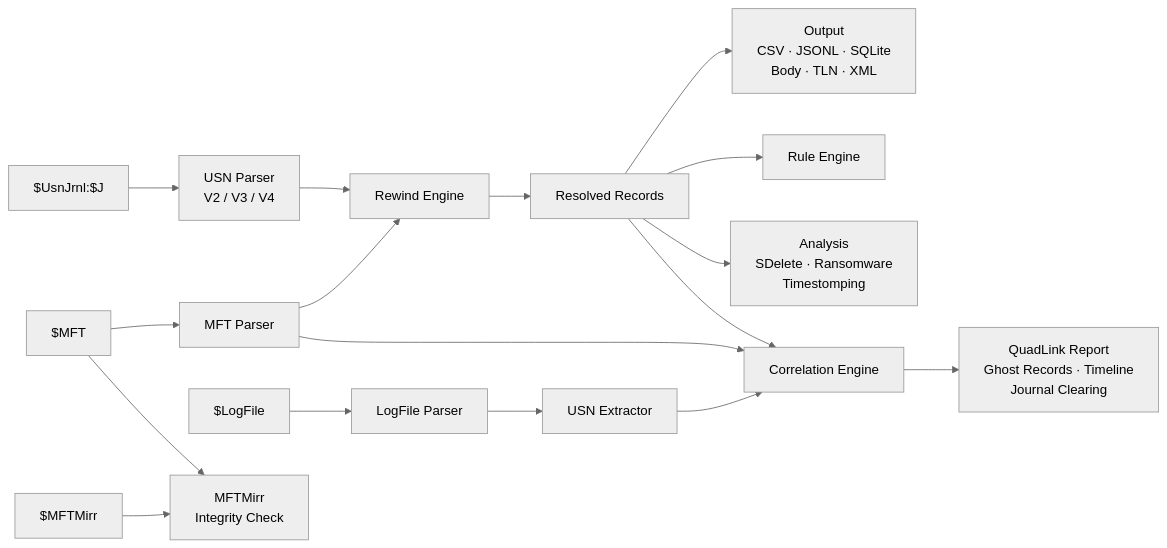
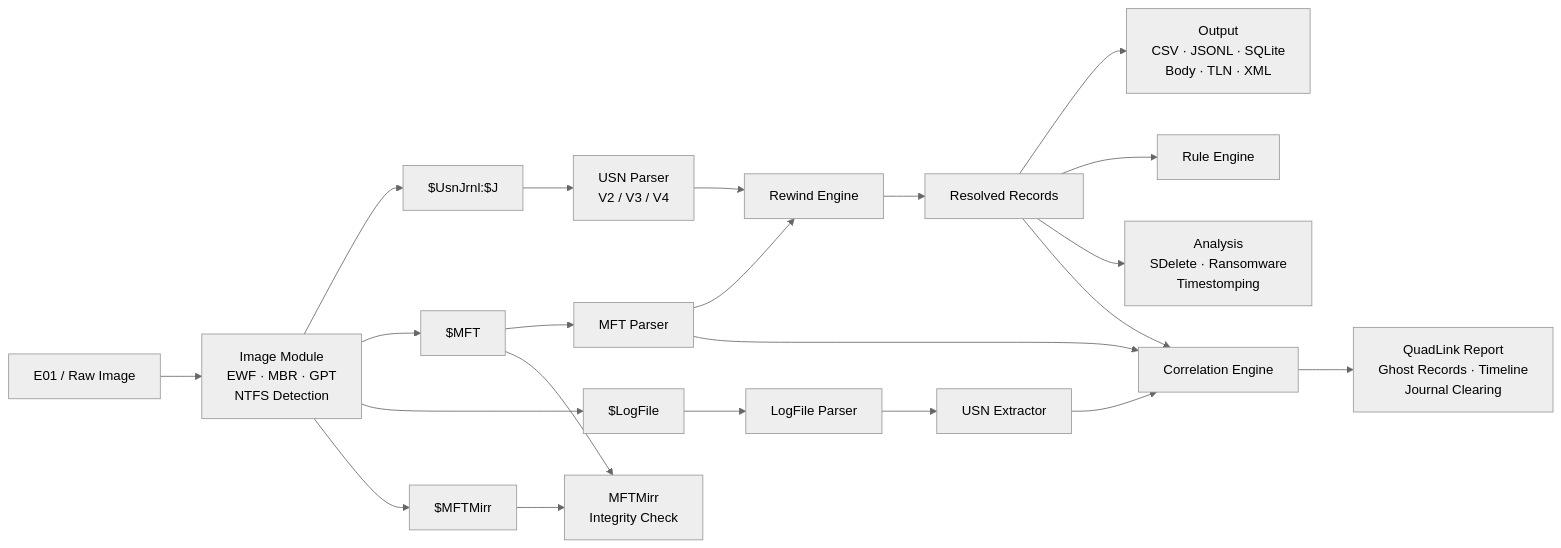
One commit to SecurityRonin/usnjrnl changed the diagram in README.md. Above: the diagram before and after it, drawn with Mermaid (neutral theme). The commit also changed other lines of this file and 3 other files, not shown here.

First line of the commit message:
feat: wire --image flag for direct E01/raw disk image processing

````diff
--- a/README.md
+++ b/README.md
@@ -317,21 +351,27 @@
 ```mermaid
 graph LR
+    E01["E01 / Raw Image"] --> IMG["Image Module<br/>EWF · MBR · GPT<br/>NTFS Detection"]
+    IMG --> J
+    IMG --> MFT
+    IMG --> LF
+    IMG --> Mirror
+
     J["$UsnJrnl:$J"] --> USN["USN Parser<br/>V2 / V3 / V4"]
     USN --> Rewind["Rewind Engine"]
     MFT["$MFT"] --> MFTP["MFT Parser"]
     MFTP --> Rewind
     Rewind --> Resolved["Resolved Records"]
     Resolved --> Output["Output<br/>CSV · JSONL · SQLite<br/>Body · TLN · XML"]
     Resolved --> Rules["Rule Engine"]
     Resolved --> Analysis["Analysis<br/>SDelete · Ransomware<br/>Timestomping"]
 
     LF["$LogFile"] --> LFP["LogFile Parser"]
     LFP --> Extract["USN Extractor"]
     Extract --> Corr["Correlation Engine"]
     Resolved --> Corr
     MFTP --> Corr
     Corr --> Report["QuadLink Report<br/>Ghost Records · Timeline<br/>Journal Clearing"]
 
     Mirror["$MFTMirr"] --> Integrity["MFTMirr<br/>Integrity Check"]
     MFT --> Integrity
 ```
````
